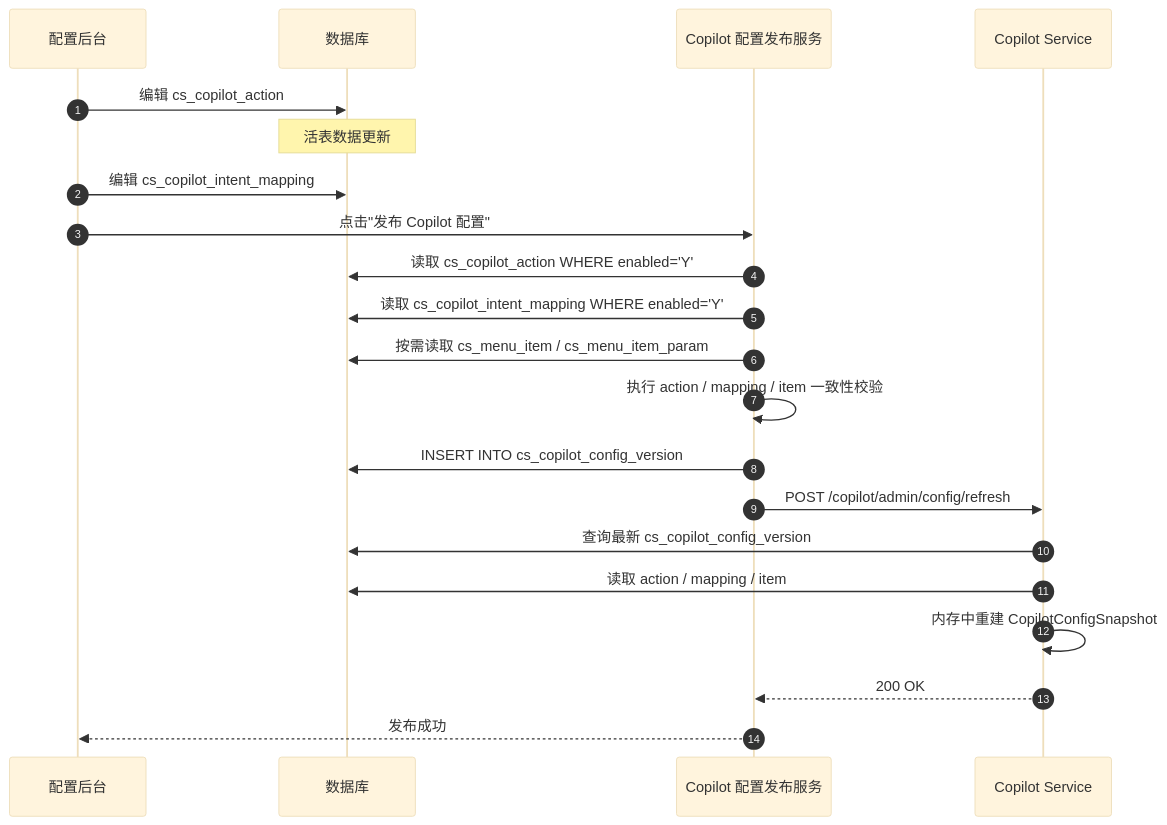
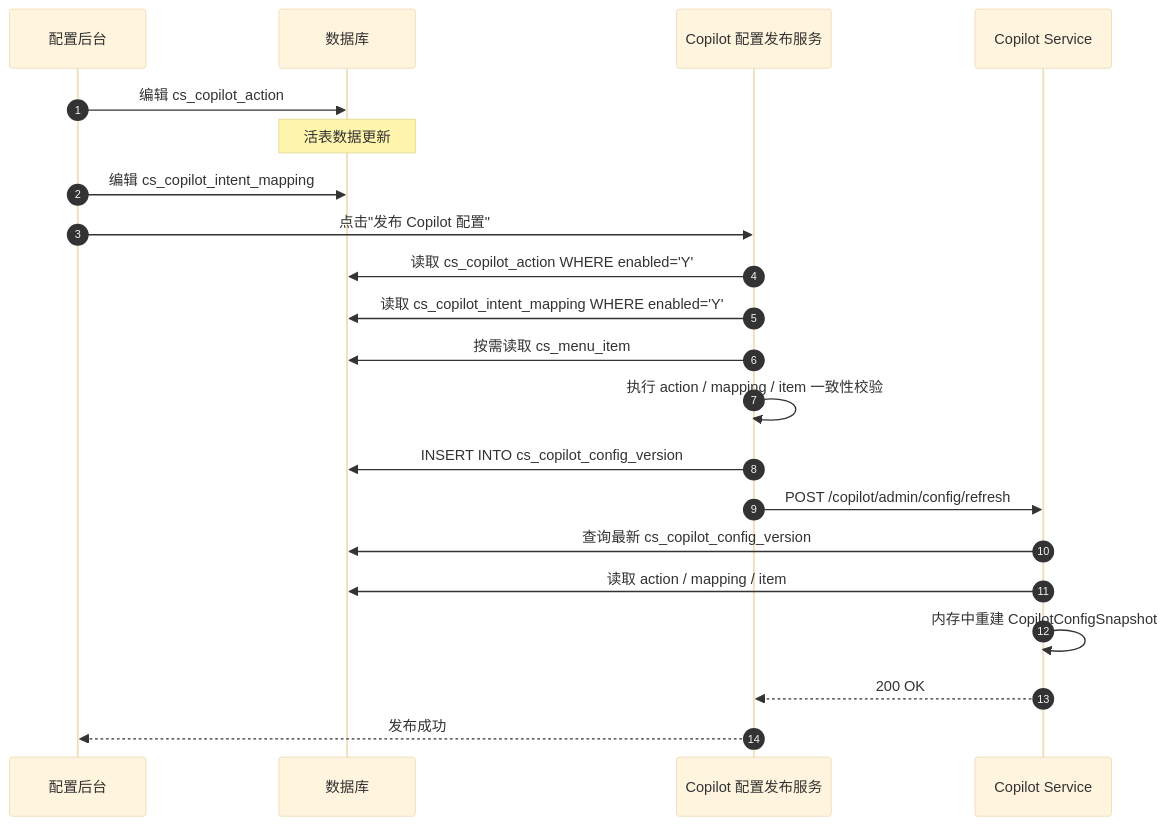
Diagram 21 of 24 in cs-copilot-service/docs/dd-v1.2.md (qzz617/copilot), drawn with Mermaid (base theme) before and after one commit. The commit also changed other lines of this file and 6 other files, not shown here.

Commit message:
Use menu item navigation for linked actions

````diff
--- a/cs-copilot-service/docs/dd-v1.2.md
+++ b/cs-copilot-service/docs/dd-v1.2.md
@@ -3463,28 +3448,28 @@
 ```mermaid
 sequenceDiagram
     autonumber
     participant Admin as 配置后台
     participant DB as 数据库
     participant Pub as Copilot 配置发布服务
     participant SVC as Copilot Service
 
     Admin->>DB: 编辑 cs_copilot_action
     Note over DB: 活表数据更新
     Admin->>DB: 编辑 cs_copilot_intent_mapping
     Admin->>Pub: 点击"发布 Copilot 配置"
 
     Pub->>DB: 读取 cs_copilot_action WHERE enabled='Y'
     Pub->>DB: 读取 cs_copilot_intent_mapping WHERE enabled='Y'
-    Pub->>DB: 按需读取 cs_menu_item / cs_menu_item_param
+    Pub->>DB: 按需读取 cs_menu_item
 
     Pub->>Pub: 执行 action / mapping / item 一致性校验
     Pub->>DB: INSERT INTO cs_copilot_config_version
 
     Pub->>SVC: POST /copilot/admin/config/refresh
     SVC->>DB: 查询最新 cs_copilot_config_version
     SVC->>DB: 读取 action / mapping / item
     SVC->>SVC: 内存中重建 CopilotConfigSnapshot
     SVC-->>Pub: 200 OK
 
     Pub-->>Admin: 发布成功
 ```
````
